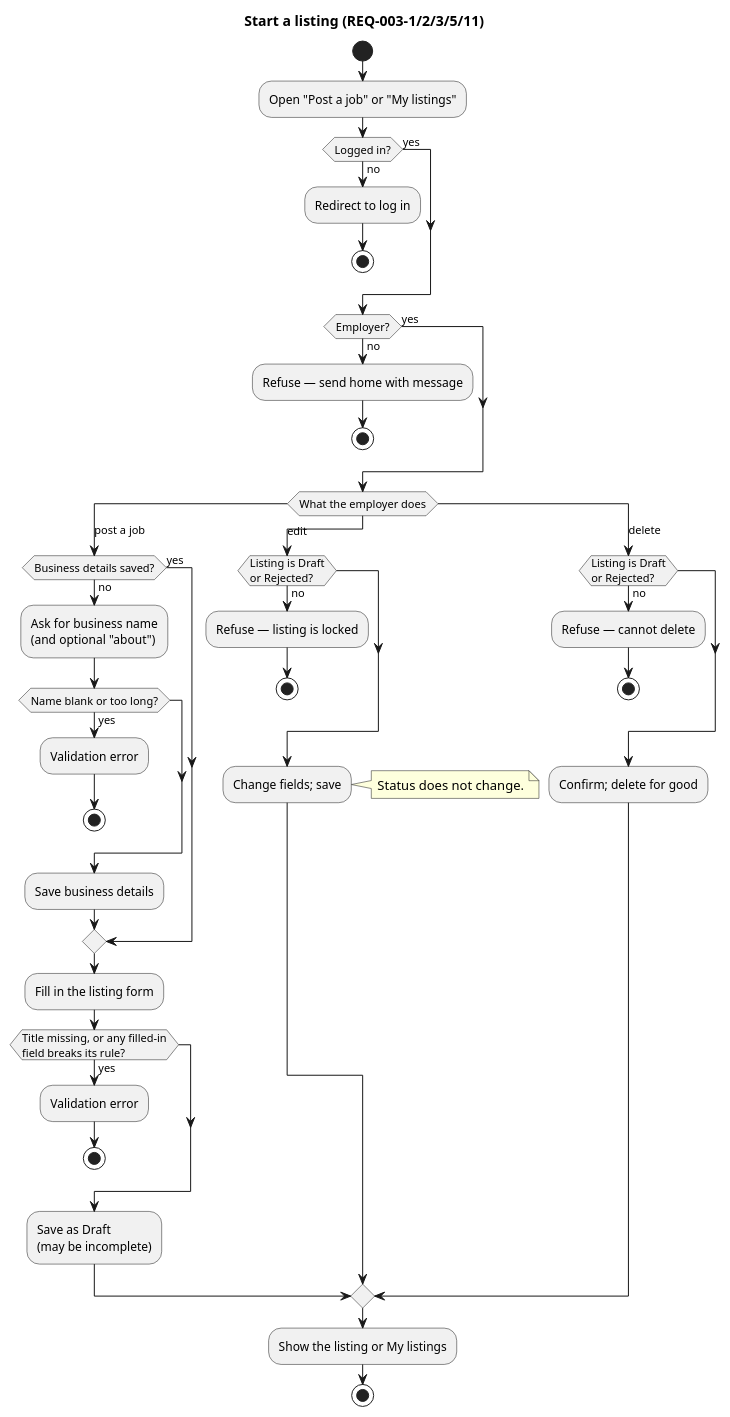
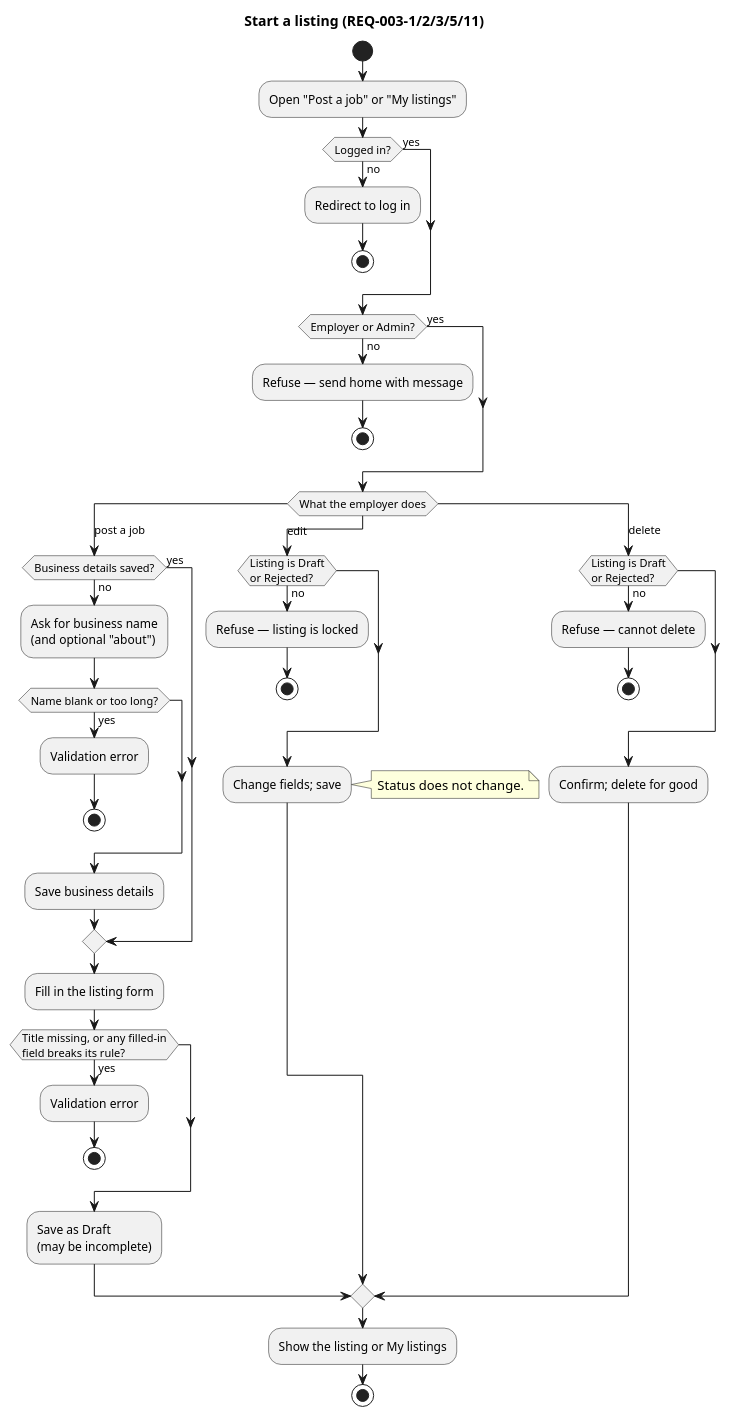
One commit to raseniero/jairojobs-elixir changed the diagram in docs/specs/003-listings-employer-posting/diagrams/activity-start-a-listing.puml. Above: the diagram before and after it, drawn with PlantUML. The commit also changed 7 other files, not shown here.

```diff
--- a/docs/specs/003-listings-employer-posting/diagrams/activity-start-a-listing.puml
+++ b/docs/specs/003-listings-employer-posting/diagrams/activity-start-a-listing.puml
@@ -1,58 +1,58 @@
 @startuml activity-start-a-listing
 ' Spec 003 — employer area access, business details, creating / editing / deleting a draft
 ' (REQ-003-1, -2, -3, -5, -11)
 title Start a listing (REQ-003-1/2/3/5/11)
 
 start
 :Open "Post a job" or "My listings";
 if (Logged in?) then (no)
   :Redirect to log in;
   stop
 else (yes)
 endif
-if (Employer?) then (no)
+if (Employer or Admin?) then (no)
   :Refuse — send home with message;
   stop
 else (yes)
 endif
 switch (What the employer does)
 case (post a job)
   if (Business details saved?) then (no)
     :Ask for business name
     (and optional "about");
     if (Name blank or too long?) then (yes)
       :Validation error;
       stop
     endif
     :Save business details;
   else (yes)
   endif
   :Fill in the listing form;
   if (Title missing, or any filled-in
 field breaks its rule?) then (yes)
     :Validation error;
     stop
   endif
   :Save as Draft
   (may be incomplete);
 case (edit)
   if (Listing is Draft
 or Rejected?) then (no)
     :Refuse — listing is locked;
     stop
   endif
   :Change fields; save;
   note right
     Status does not change.
   end note
 case (delete)
   if (Listing is Draft
 or Rejected?) then (no)
     :Refuse — cannot delete;
     stop
   endif
   :Confirm; delete for good;
 endswitch
 :Show the listing or My listings;
 stop
 @enduml
```
